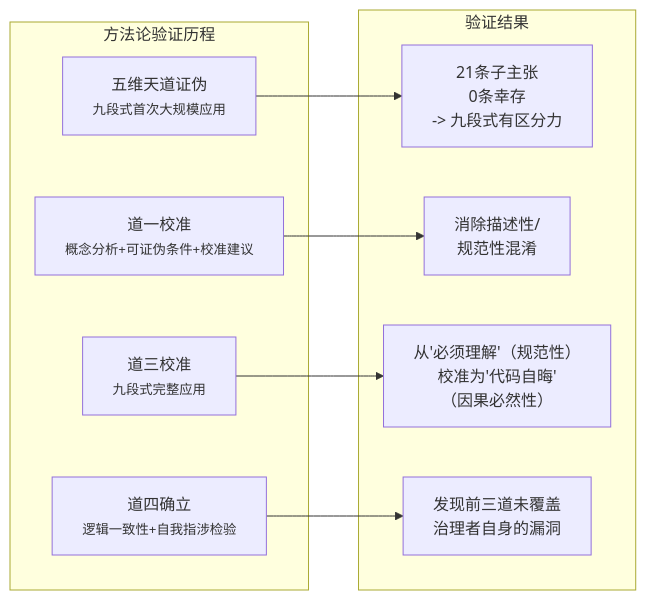
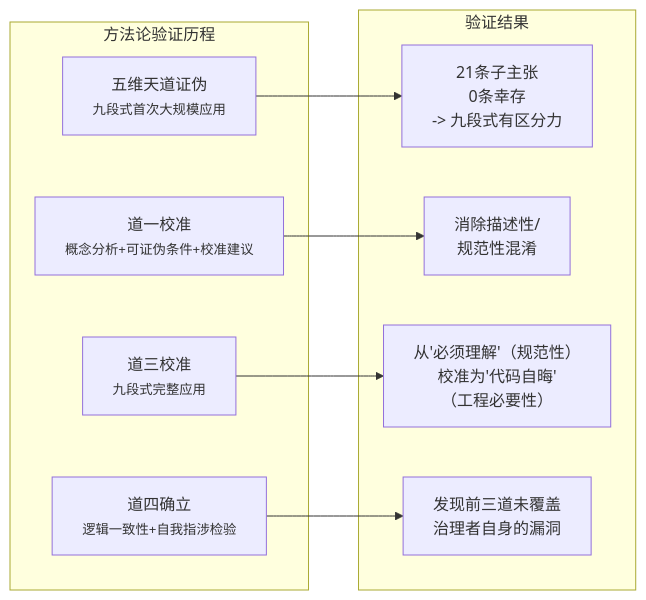
The eighth of 13 diagrams in docs/specs/philosophy/On-SiHankor-Assay.sih.md (sgmov/sihankor), drawn with Mermaid before and after one commit. The commit also changed other lines of this file and 9 other files, not shown here.

````diff
--- a/docs/specs/philosophy/On-SiHankor-Assay.sih.md
+++ b/docs/specs/philosophy/On-SiHankor-Assay.sih.md
@@ -544,21 +544,21 @@
 ```mermaid
 flowchart LR
     subgraph Events["方法论验证历程"]
         E1["五维天道证伪<br/><small>九段式首次大规模应用</small>"]
         E2["道一校准<br/><small>概念分析+可证伪条件+校准建议</small>"]
         E3["道三校准<br/><small>九段式完整应用</small>"]
         E4["道四确立<br/><small>逻辑一致性+自我指涉检验</small>"]
     end
 
     subgraph Results["验证结果"]
         R1["21条子主张<br/>0条幸存<br/>-> 九段式有区分力"]
         R2["消除描述性/<br/>规范性混淆"]
-        R3["从'必须理解'（规范性）<br/>校准为'代码自晦'<br/>（因果必然性）"]
+        R3["从'必须理解'（规范性）<br/>校准为'代码自晦'<br/>（工程必要性）"]
         R4["发现前三道未覆盖<br/>治理者自身的漏洞"]
     end
 
     E1 --> R1
     E2 --> R2
     E3 --> R3
     E4 --> R4
 ```
````
